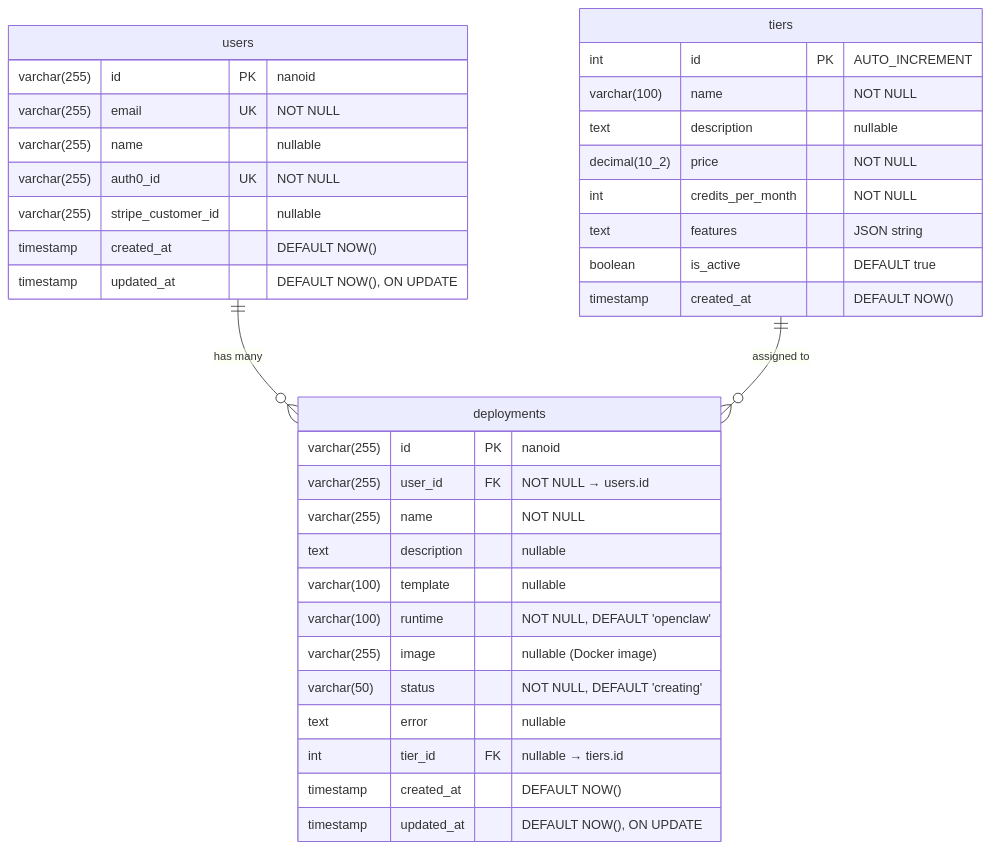
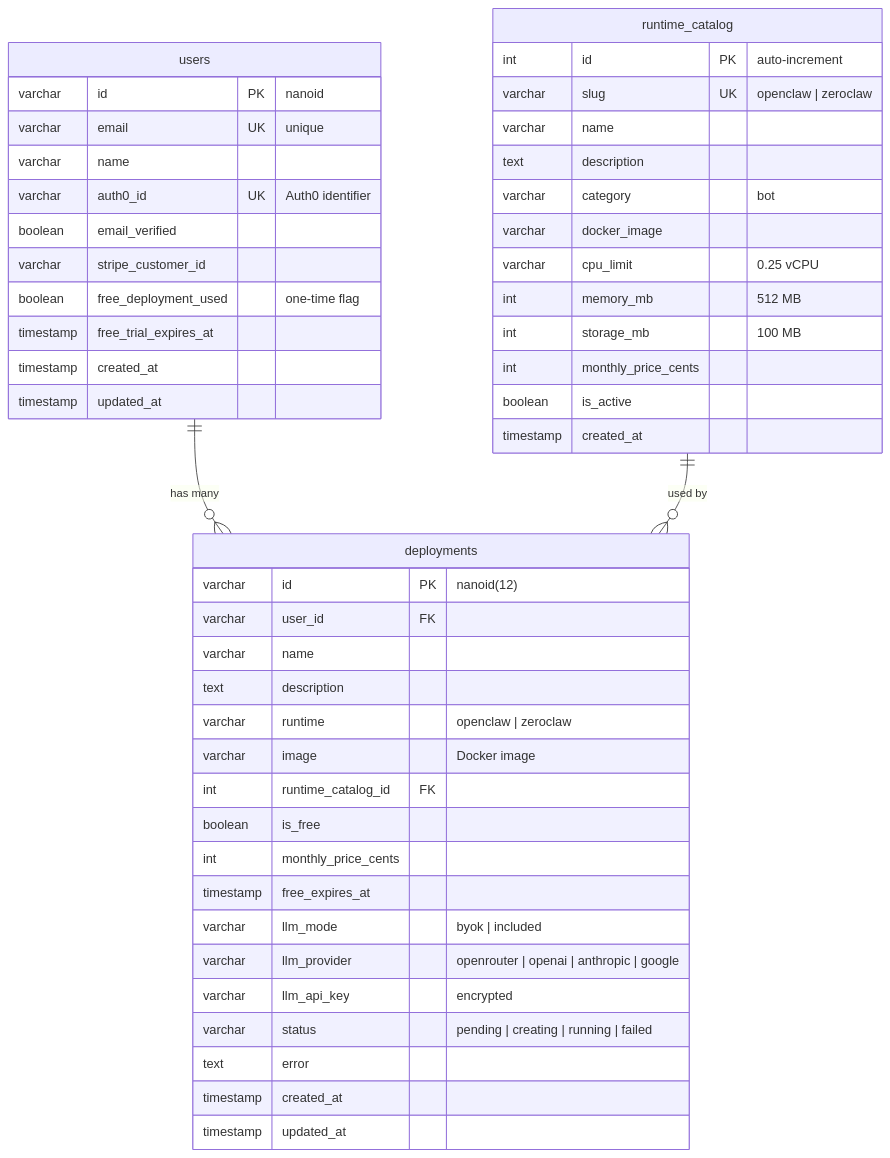
The second of 14 diagrams in ARCHITECTURE.md (Bretthb/jarble), drawn with Mermaid before and after one commit. The commit also changed other lines of this file and 18 other files, not shown here.

First line of the commit message:
Migrate to pay-as-you-go runtime catalog, dynamic wizard steps, multi-provider BYOK

````diff
--- a/ARCHITECTURE.md
+++ b/ARCHITECTURE.md
@@ -239,41 +132,53 @@
 ```mermaid
 erDiagram
-    users ||--o{ deployments : "has many"
-    tiers ||--o{ deployments : "assigned to"
-
     users {
-        varchar(255) id PK "nanoid"
-        varchar(255) email UK "NOT NULL"
-        varchar(255) name "nullable"
-        varchar(255) auth0_id UK "NOT NULL"
-        varchar(255) stripe_customer_id "nullable"
-        timestamp created_at "DEFAULT NOW()"
-        timestamp updated_at "DEFAULT NOW(), ON UPDATE"
+        varchar id PK "nanoid"
+        varchar email UK "unique"
+        varchar name
+        varchar auth0_id UK "Auth0 identifier"
+        boolean email_verified
+        varchar stripe_customer_id
+        boolean free_deployment_used "one-time flag"
+        timestamp free_trial_expires_at
+        timestamp created_at
+        timestamp updated_at
     }
 
     deployments {
-        varchar(255) id PK "nanoid"
-        varchar(255) user_id FK "NOT NULL → users.id"
-        varchar(255) name "NOT NULL"
-        text description "nullable"
-        varchar(100) template "nullable"
-        varchar(100) runtime "NOT NULL, DEFAULT 'openclaw'"
-        varchar(255) image "nullable (Docker image)"
-        varchar(50) status "NOT NULL, DEFAULT 'creating'"
-        text error "nullable"
-        int tier_id FK "nullable → tiers.id"
-        timestamp created_at "DEFAULT NOW()"
-        timestamp updated_at "DEFAULT NOW(), ON UPDATE"
+        varchar id PK "nanoid(12)"
+        varchar user_id FK
+        varchar name
+        text description
+        varchar runtime "openclaw | zeroclaw"
+        varchar image "Docker image"
+        int runtime_catalog_id FK
+        boolean is_free
+        int monthly_price_cents
+        timestamp free_expires_at
+        varchar llm_mode "byok | included"
+        varchar llm_provider "openrouter | openai | anthropic | google"
+        varchar llm_api_key "encrypted"
+        varchar status "pending | creating | running | failed"
+        text error
+        timestamp created_at
+        timestamp updated_at
     }
 
-    tiers {
-        int id PK "AUTO_INCREMENT"
-        varchar(100) name "NOT NULL"
-        text description "nullable"
-        decimal(10_2) price "NOT NULL"
-        int credits_per_month "NOT NULL"
-        text features "JSON string"
-        boolean is_active "DEFAULT true"
-        timestamp created_at "DEFAULT NOW()"
+    runtime_catalog {
+        int id PK "auto-increment"
+        varchar slug UK "openclaw | zeroclaw"
+        varchar name
+        text description
+        varchar category "bot"
+        varchar docker_image
+        varchar cpu_limit "0.25 vCPU"
+        int memory_mb "512 MB"
+        int storage_mb "100 MB"
+        int monthly_price_cents
+        boolean is_active
+        timestamp created_at
     }
+
+    users ||--o{ deployments : "has many"
+    runtime_catalog ||--o{ deployments : "used by"
 ```
````
